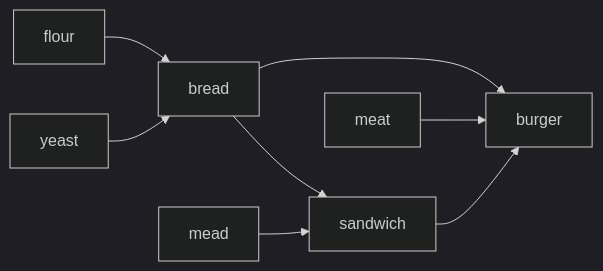
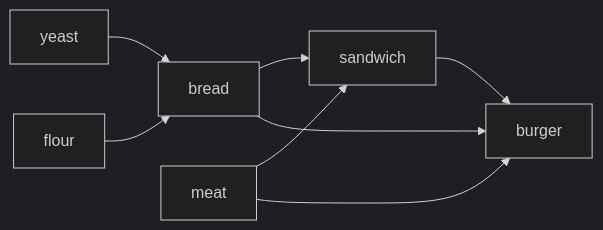
The second of 2 diagrams in 15.graph-topo-sort.md (rahulkumar9460/DSA), drawn with Mermaid (dark theme) before and after one commit.

Commit message:
updated toposort

````diff
--- a/15.graph-topo-sort.md
+++ b/15.graph-topo-sort.md
@@ -932,20 +932,19 @@
 ```mermaid
 graph LR
     Yeast[yeast]
     Flour[flour]
     Bread[bread]
-    Mead[mead]
     Sandwich[sandwich]
     Meat[meat]
     Burger[burger]
 
     Yeast --> Bread
     Flour --> Bread
 
     Bread --> Sandwich
-    Mead --> Sandwich
+    Meat --> Sandwich
 
     Sandwich --> Burger
     Meat --> Burger
     Bread --> Burger
 ```
````
